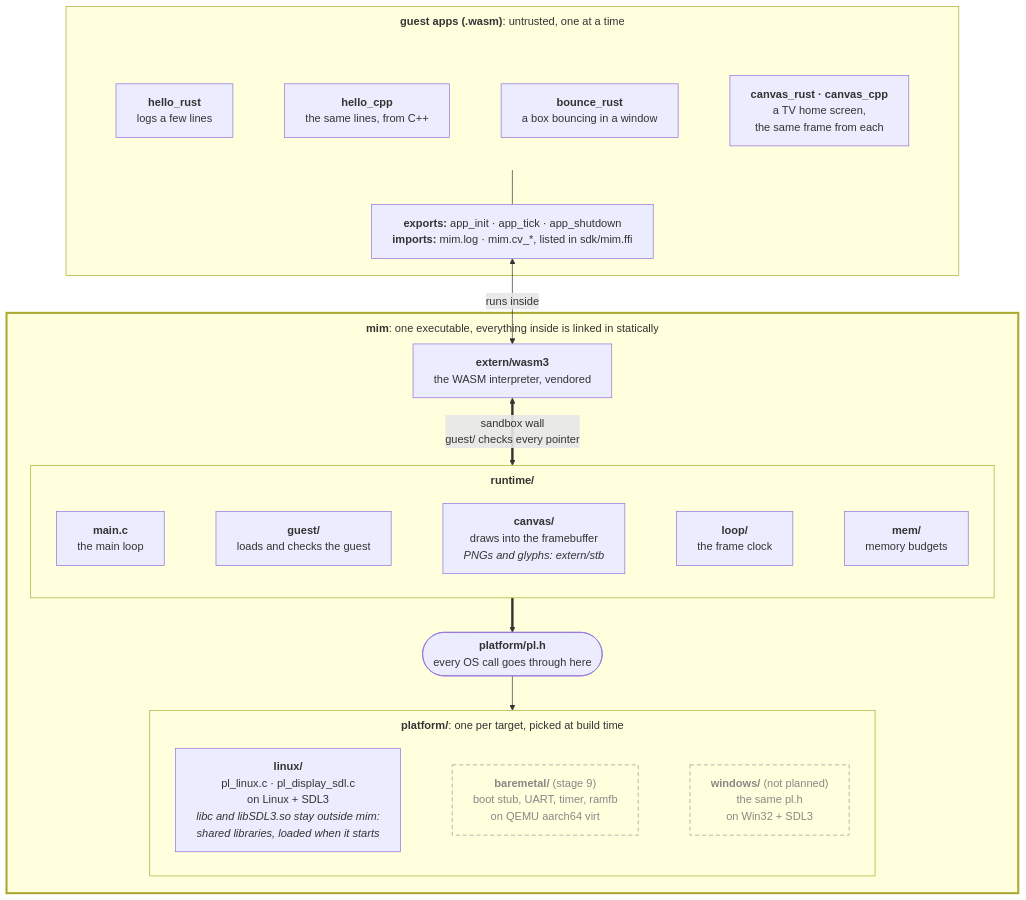
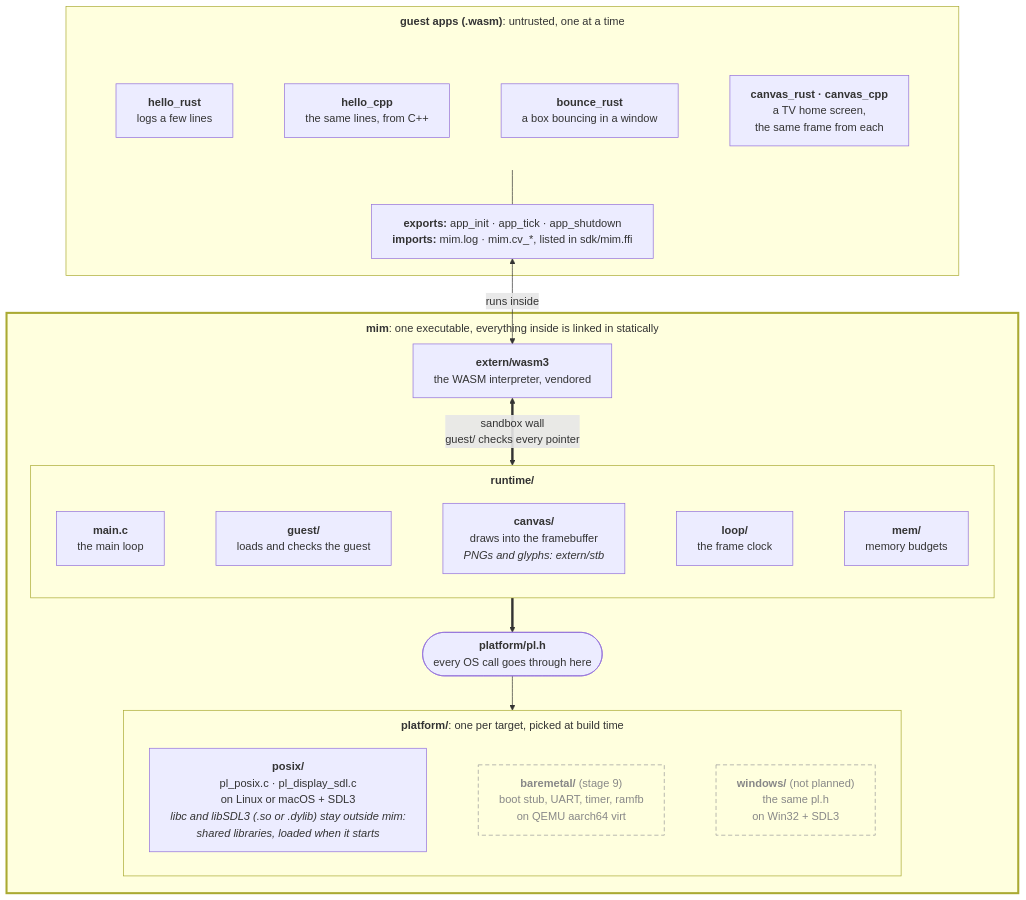
One commit to arinal/mim changed the first of 3 diagrams in README.md. Above: the diagram before and after it, drawn with Mermaid. The commit also changed 7 other files, not shown here.

````diff
--- a/README.md
+++ b/README.md
@@ -17,53 +17,53 @@
 ```mermaid
 %%{init: {"flowchart": {"wrappingWidth": 400, "subGraphTitleMargin": {"top": 10, "bottom": 10}}}}%%
 flowchart TB
     accTitle: How MIM fits together
     accDescr: Everything except the guest apps is one executable, mim; on Linux it loads libc and libSDL3 as shared libraries. Five untrusted WASM guest apps (hello_rust, hello_cpp, bounce_rust, and canvas_rust and canvas_cpp), loaded one at a time, run inside the wasm3 interpreter. Their imports reach the runtime's guest loader, which checks every pointer and passes drawing calls to the canvas, which draws into the framebuffer, using stb for PNGs and glyphs. The runtime reaches the OS only through platform/pl.h. Linux implements it today; bare metal in QEMU is planned for stage 9, and Windows is not planned.
 
     subgraph apps["<b>guest apps (.wasm)</b>: untrusted, one at a time"]
         subgraph list[" "]
             direction LR
             hello_rust["<b>hello_rust</b><br/>logs a few lines"]
             hello_cpp["<b>hello_cpp</b><br/>the same lines, from C++"]
             bounce_rust["<b>bounce_rust</b><br/>a box bouncing in a window"]
             demo["<b>canvas_rust · canvas_cpp</b><br/>a TV home screen,<br/>the same frame from each"]
             hello_rust ~~~ hello_cpp ~~~ bounce_rust ~~~ demo
         end
         abi["<b>exports:</b> app_init · app_tick · app_shutdown<br/><b>imports:</b> mim.log · mim.cv_*, listed in sdk/mim.ffi"]
         list --- abi
     end
 
     subgraph mim["<b>mim</b>: one executable, everything inside is linked in statically"]
         wasm3["<b>extern/wasm3</b><br/>the WASM interpreter, vendored"]
 
         subgraph runtime["<b>runtime/</b>"]
             direction LR
             main["<b>main.c</b><br/>the main loop"]
             loader["<b>guest/</b><br/>loads and checks the guest"]
             canvas["<b>canvas/</b><br/>draws into the framebuffer<br/><i>PNGs and glyphs: extern/stb</i>"]
             loop["<b>loop/</b><br/>the frame clock"]
             mem["<b>mem/</b><br/>memory budgets"]
             main ~~~ loader ~~~ canvas ~~~ loop ~~~ mem
         end
 
         pl(["<b>platform/pl.h</b><br/>every OS call goes through here"])
 
         subgraph platforms["<b>platform/</b>: one per target, picked at build time"]
             direction LR
-            linux["<b>linux/</b><br/>pl_linux.c · pl_display_sdl.c<br/>on Linux + SDL3<br/><i>libc and libSDL3.so stay outside mim:<br/>shared libraries, loaded when it starts</i>"]
+            posix["<b>posix/</b><br/>pl_posix.c · pl_display_sdl.c<br/>on Linux or macOS + SDL3<br/><i>libc and libSDL3 (.so or .dylib) stay outside mim:<br/>shared libraries, loaded when it starts</i>"]
             baremetal["<b>baremetal/</b> (stage 9)<br/>boot stub, UART, timer, ramfb<br/>on QEMU aarch64 virt"]
             windows["<b>windows/</b> (not planned)<br/>the same pl.h<br/>on Win32 + SDL3"]
-            linux ~~~ baremetal ~~~ windows
+            posix ~~~ baremetal ~~~ windows
         end
     end
 
     abi <-- "runs inside" --> wasm3
     wasm3 <== "sandbox wall<br/>guest/ checks every pointer" ==> runtime
     runtime ==> pl
     pl --> platforms
 
     classDef planned fill:none,stroke:#999,stroke-dasharray:6 4,color:#888
     class baremetal,windows planned
     style mim stroke-width:3px
     style list fill:none,stroke:none
 ```
````
